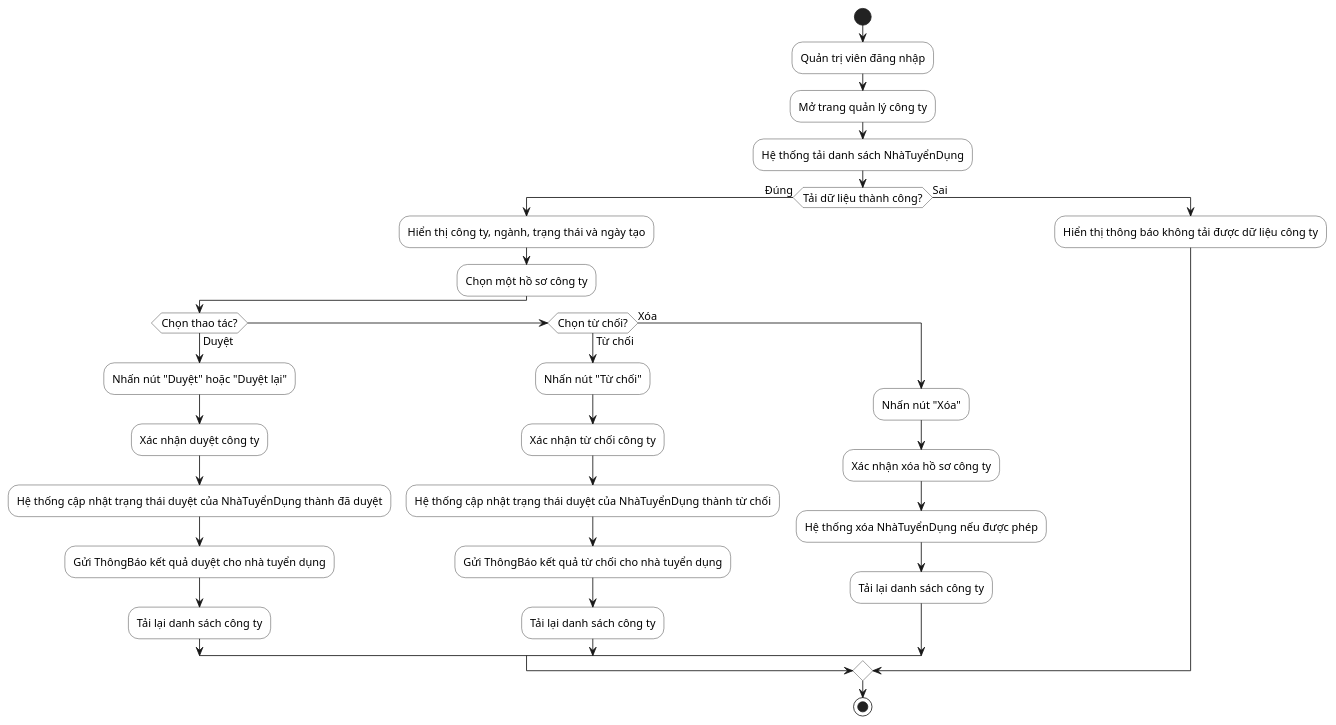
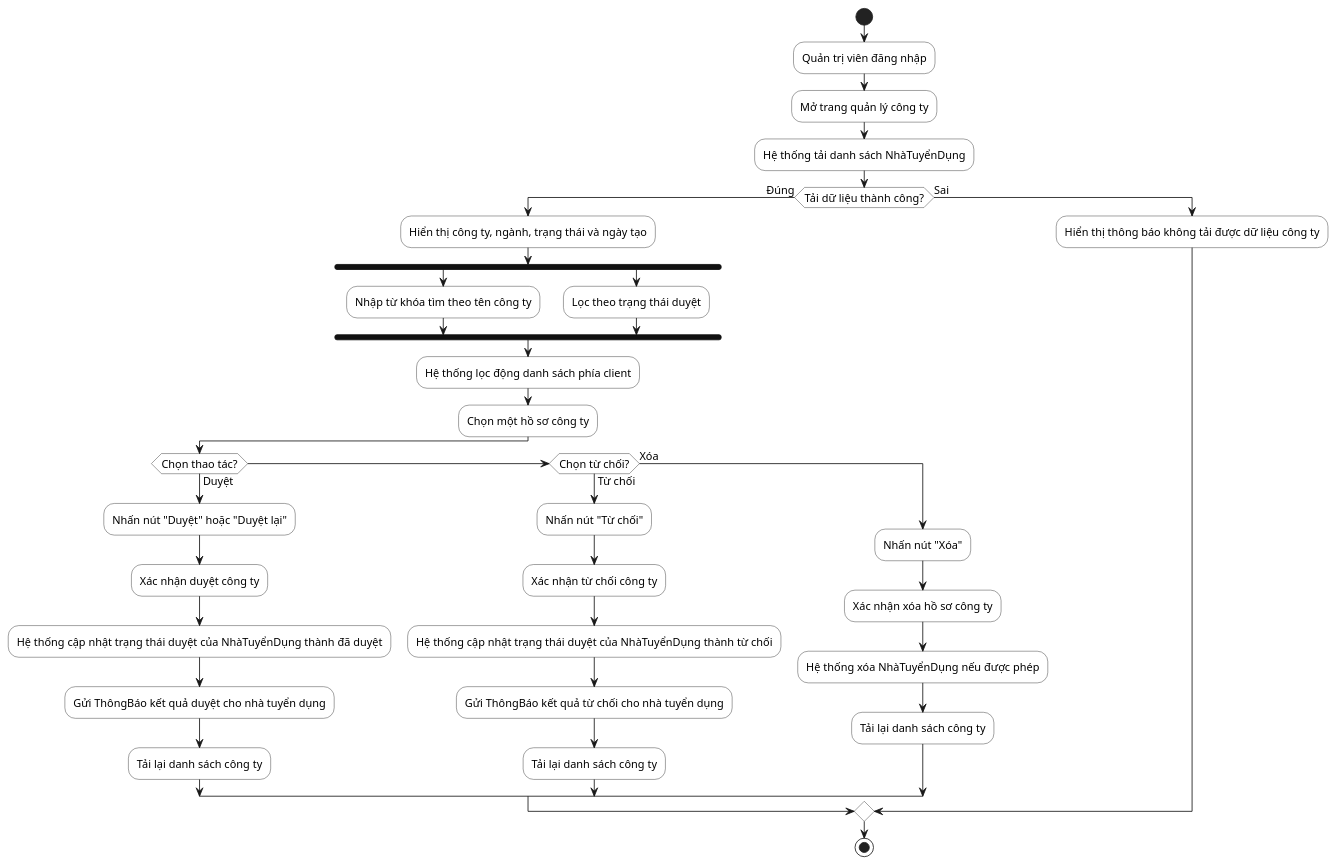
One commit to hole-six/DoAn changed the diagram in docs/so-do/02-activity/21-activity-duyet-ho-so-cong-ty.puml. Above: the diagram before and after it, drawn with PlantUML. The commit also changed 86 other files, not shown here.

```diff
--- a/docs/so-do/02-activity/21-activity-duyet-ho-so-cong-ty.puml
+++ b/docs/so-do/02-activity/21-activity-duyet-ho-so-cong-ty.puml
@@ -1,42 +1,48 @@
 @startuml
 skinparam defaultFontName "Segoe UI"
 skinparam defaultFontSize 13
 skinparam shadowing false
 skinparam linetype ortho
 skinparam activity {
   BackgroundColor White
   BorderColor #222222
   DiamondBackgroundColor White
   DiamondBorderColor #222222
   BarColor #111111
 }
 start
 :Quản trị viên đăng nhập;
 :Mở trang quản lý công ty;
 :Hệ thống tải danh sách NhàTuyểnDụng;
 if (Tải dữ liệu thành công?) then (Đúng)
   :Hiển thị công ty, ngành, trạng thái và ngày tạo;
+  fork
+    :Nhập từ khóa tìm theo tên công ty;
+  fork again
+    :Lọc theo trạng thái duyệt;
+  end fork
+  :Hệ thống lọc động danh sách phía client;
   :Chọn một hồ sơ công ty;
   if (Chọn thao tác?) then (Duyệt)
     :Nhấn nút "Duyệt" hoặc "Duyệt lại";
     :Xác nhận duyệt công ty;
     :Hệ thống cập nhật trạng thái duyệt của NhàTuyểnDụng thành đã duyệt;
     :Gửi ThôngBáo kết quả duyệt cho nhà tuyển dụng;
     :Tải lại danh sách công ty;
   elseif (Chọn từ chối?) then (Từ chối)
     :Nhấn nút "Từ chối";
     :Xác nhận từ chối công ty;
     :Hệ thống cập nhật trạng thái duyệt của NhàTuyểnDụng thành từ chối;
     :Gửi ThôngBáo kết quả từ chối cho nhà tuyển dụng;
     :Tải lại danh sách công ty;
   else (Xóa)
     :Nhấn nút "Xóa";
     :Xác nhận xóa hồ sơ công ty;
     :Hệ thống xóa NhàTuyểnDụng nếu được phép;
     :Tải lại danh sách công ty;
   endif
 else (Sai)
   :Hiển thị thông báo không tải được dữ liệu công ty;
 endif
 stop
 @enduml
```
